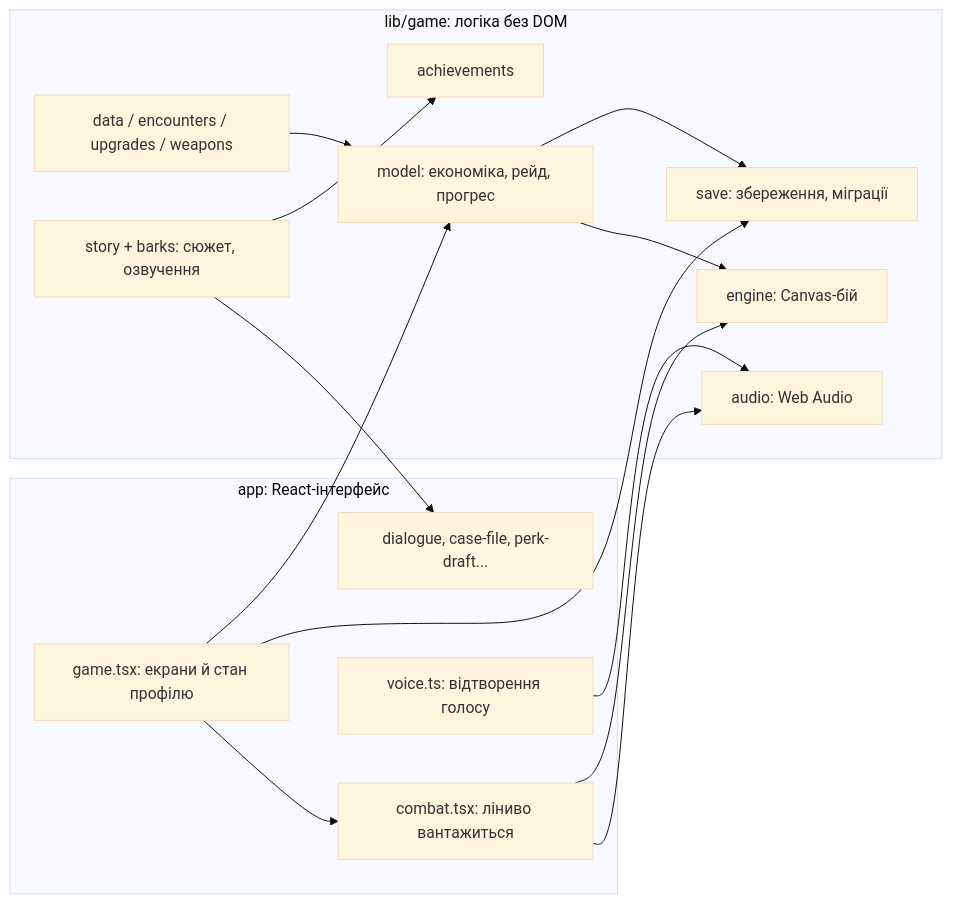
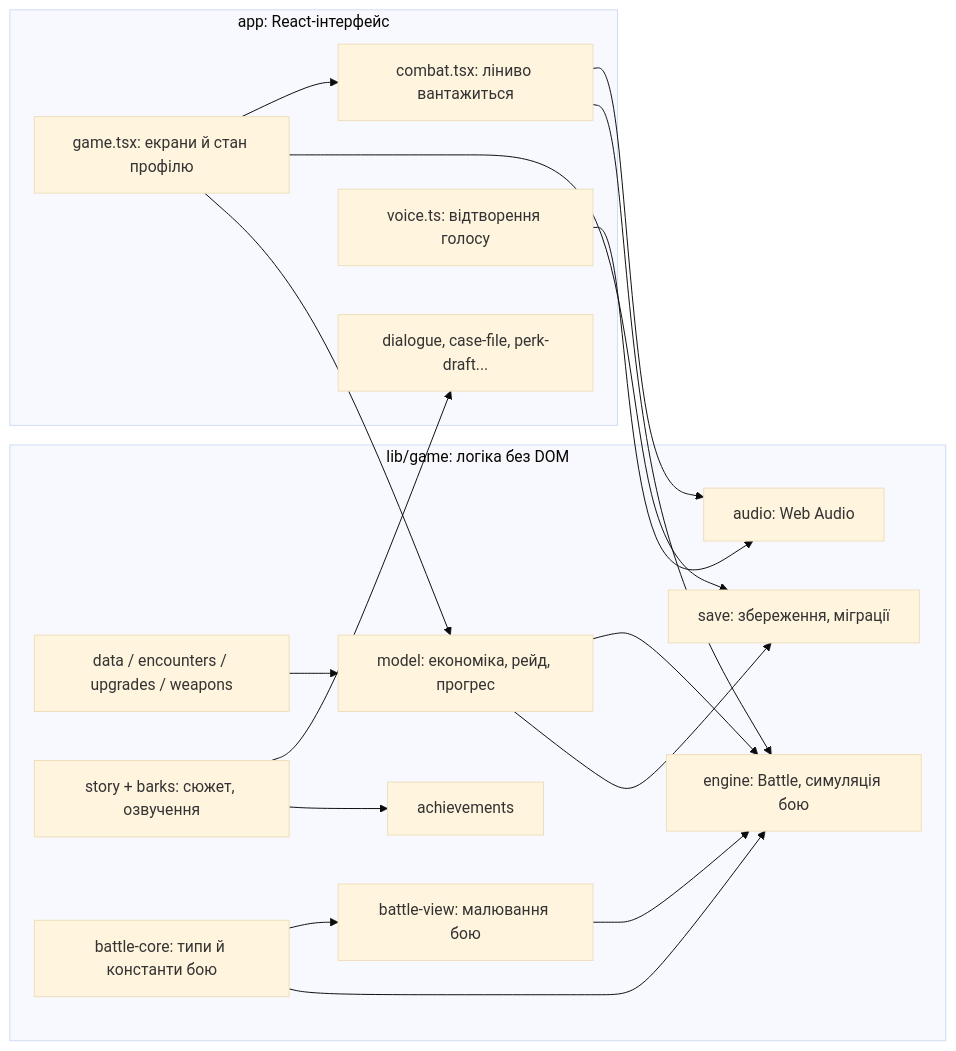
The first of 2 diagrams in docs/architecture.md (valera99686/osbb-end-of-world), drawn with Mermaid (base theme) before and after one commit. The commit also changed other lines of this file and 37 other files, not shown here.

````diff
--- a/docs/architecture.md
+++ b/docs/architecture.md
@@ -7,27 +7,32 @@
 ```mermaid
 flowchart LR
   subgraph lib["lib/game: логіка без DOM"]
     data[data / encounters / upgrades / weapons]
     model[model: економіка, рейд, прогрес]
     save[save: збереження, міграції]
     story[story + barks: сюжет, озвучення]
     ach[achievements]
     audio[audio: Web Audio]
-    engine[engine: Canvas-бій]
+    engine[engine: Battle, симуляція бою]
+    view[battle-view: малювання бою]
+    core[battle-core: типи й константи бою]
   end
   subgraph app["app: React-інтерфейс"]
     game[game.tsx: екрани й стан профілю]
     combat[combat.tsx: ліниво вантажиться]
     dlg[dialogue, case-file, perk-draft...]
     voice[voice.ts: відтворення голосу]
   end
   data --> model --> save
   model --> engine
+  core --> engine
+  core --> view
+  view --> engine
   story --> ach
   story --> dlg
   game --> model
   game --> save
   game --> combat --> engine
   combat --> audio
   voice --> audio
 ```
````
